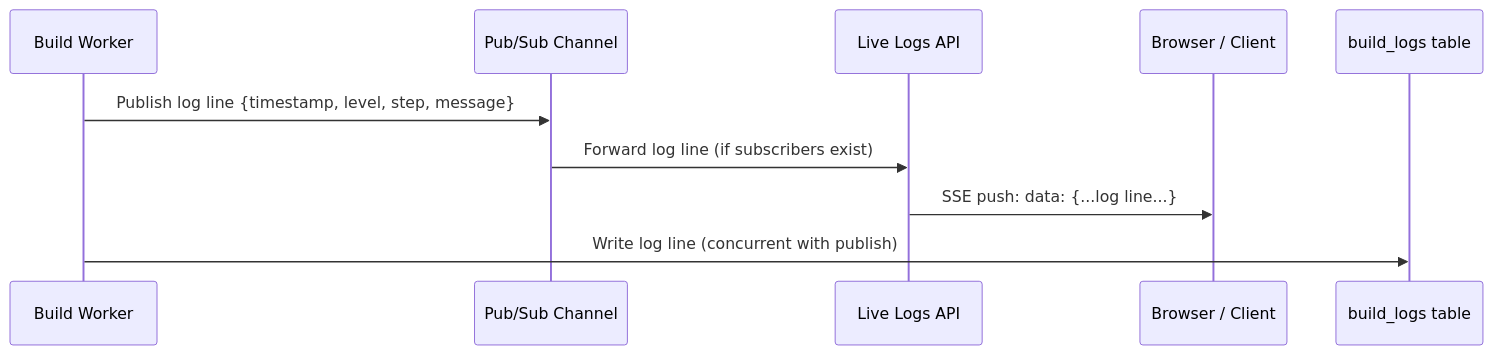
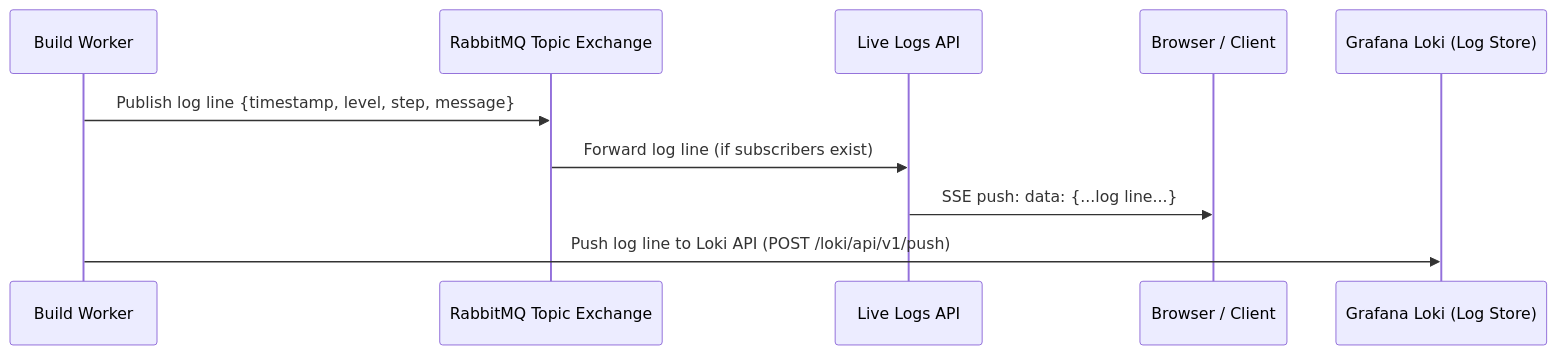
The third of 3 diagrams in docs/system/07-operations/observability-and-health.md (mislam-dev/forge), drawn with Mermaid before and after one commit. The commit also changed other lines of this file and 15 other files, not shown here.

Commit message:
docs: add ADR and update existing architecture data

````diff
--- a/docs/system/07-operations/observability-and-health.md
+++ b/docs/system/07-operations/observability-and-health.md
@@ -165,13 +165,13 @@
 ```mermaid
 sequenceDiagram
     participant Worker as Build Worker
-    participant PubSub as Pub/Sub Channel
+    participant PubSub as RabbitMQ Topic Exchange
     participant LogsAPI as Live Logs API
     participant Client as Browser / Client
-    participant LogStore as build_logs table
+    participant LogStore as Grafana Loki (Log Store)
 
     Worker->>PubSub: Publish log line {timestamp, level, step, message}
     PubSub->>LogsAPI: Forward log line (if subscribers exist)
     LogsAPI->>Client: SSE push: data: {...log line...}
-    Worker->>LogStore: Write log line (concurrent with publish)
+    Worker->>LogStore: Push log line to Loki API (POST /loki/api/v1/push)
 ```
````
